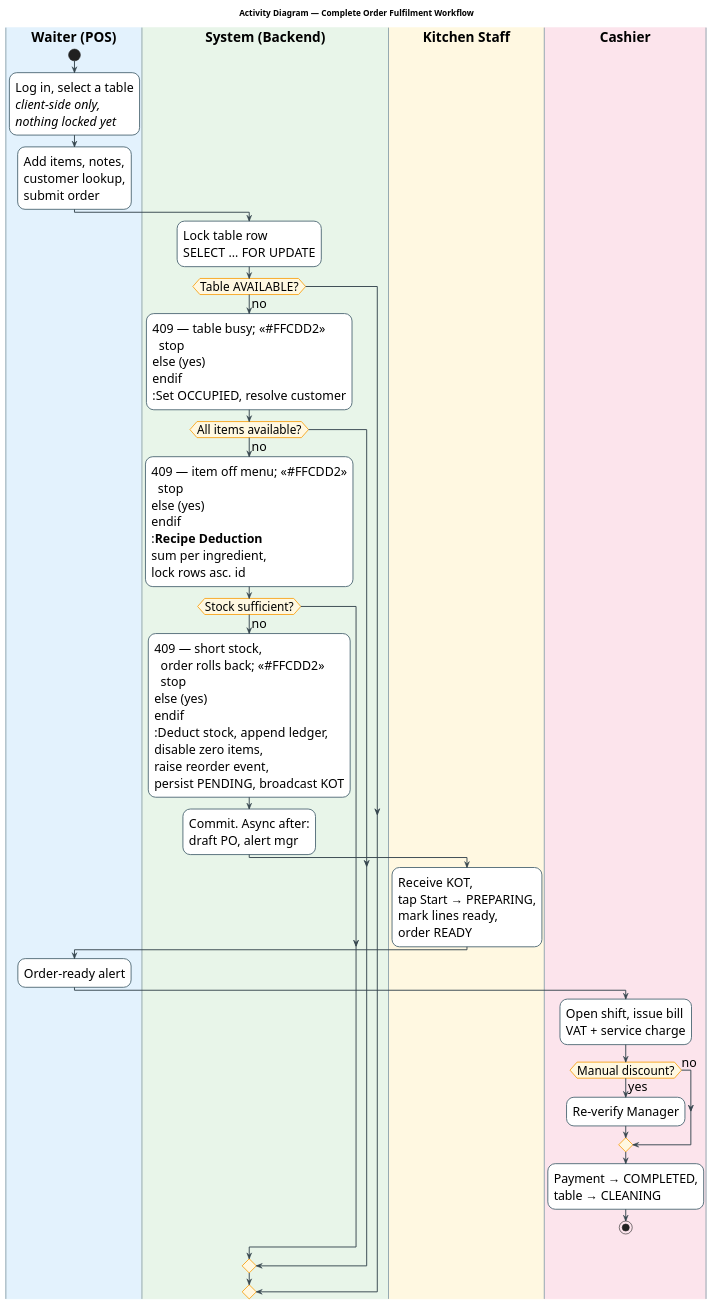
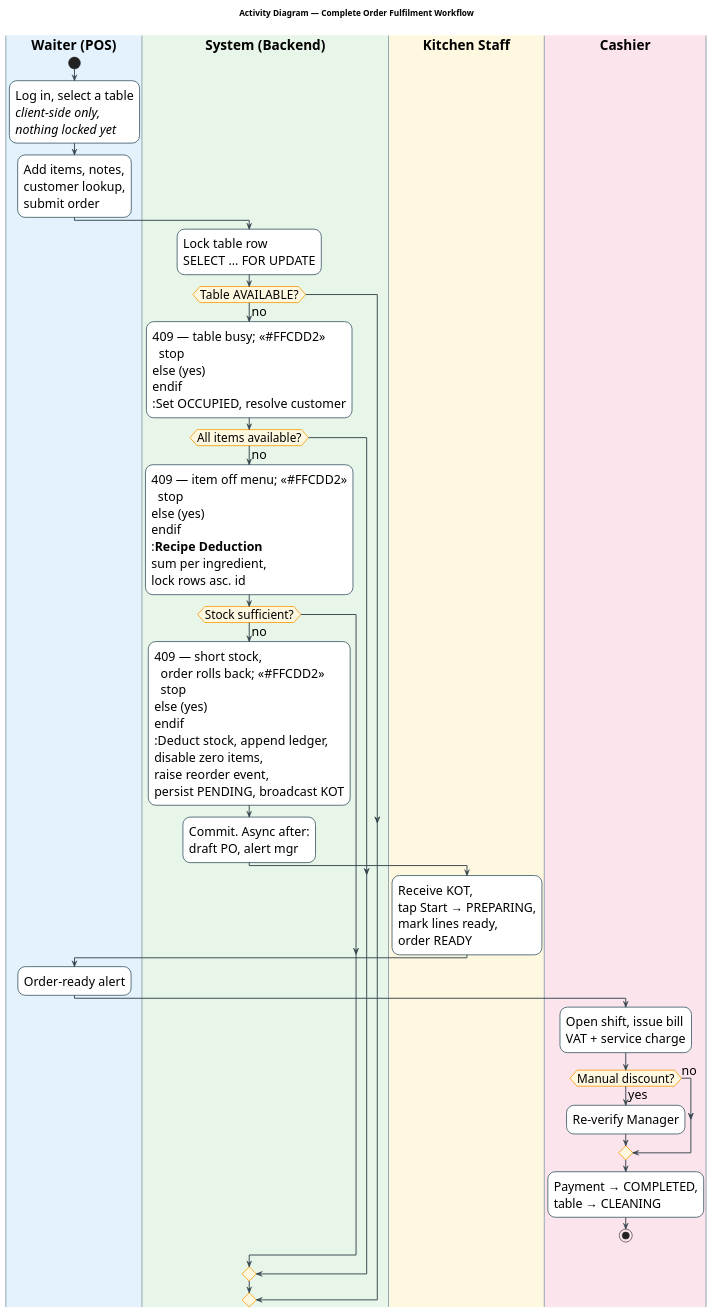
Before and after one commit to Buddhimal-Ramanayaka/restaurant-management-system: the diagram in diagrams-source/fig3_7_activity.puml, drawn with PlantUML. The commit also changed 2 other files, not shown here.

Commit message:
Restore method names in Fig 3.4; clarify Fig 3.6; space Fig 3.7 heading
Fig 3.4 carried terse labels ("3. open table", "12. ledger write") that had
been shortened purely to buy width, which lost the actual method names.
Restored in full, wrapped over two or three lines so each label is narrow,
and the notes tightened to reclaim the height that cost. 6.3pt -> 5.4pt:
full signatures cannot be had at the smaller size, width is the sum of the
lifeline columns and each column is as wide as its widest label.

Fig 3.6 Level 0 was a radial hub with eleven separate arrows and scattered
labels. Now one bidirectional edge per actor with both directions marked
(-> out / <- in), eleven edges down to eight and no crossings. Subgraph
titles removed: mermaid centres them inside the content band so they are
always overlapped by whatever sits centre-top, and raising the container
padding clears nothing while costing 0.6pt. The caption already names both
levels.

Fig 3.7 title given a sized spacer line so the heading is not hard against
the swimlane header row. Note "&nbsp;" is printed literally by PlantUML;
"<size:10> </size>" gives real whitespace.

```diff
--- a/diagrams-source/fig3_7_activity.puml
+++ b/diagrams-source/fig3_7_activity.puml
@@ -1,114 +1,117 @@
 @startuml
 ' Figure 3.7 - Activity Diagram, Complete Order Fulfilment Workflow
 '
 ' Theme follows the original figure: four coloured swimlanes, rounded actions, diamond
 ' decisions, red failure branches.
 '
 ' Sizing: each lane is as wide as its own widest node, and the four lane widths add up,
 ' so every label is kept short and wrapped rather than run on. Sequential steps in one
 ' lane are merged where they describe a single user action - each node removed saves its
 ' padding and its incoming arrow.
 '
 ' Two PlantUML notes, both learned the hard way on this figure:
 '   - "#COLOR:text;" is deprecated in this version. It prints a warning banner into the
 '     image AND swallows every following line into the node label. The supported form is
 '     ":text; <<#COLOR>>".
 '   - "partition" draws its box across every swimlane it touches, so the transaction
 '     boundary is carried by a note instead.
 '
 ' Verified against PosPage.jsx (table selection is client-side state only),
 ' OrderService.submitOrder, RecipeDeductionService.deductForOrder /
 ' handlePostDeductionThresholds, InventoryAlertService, TableService and BillingService.
 
 skinparam backgroundColor #FFFFFF
 skinparam shadowing false
 skinparam defaultFontName "Arial"
 skinparam defaultFontSize 21
 skinparam ArrowThickness 1.5
 skinparam ArrowColor #37474F
 
 skinparam activity {
   FontSize 21
   BorderThickness 1.6
   BackgroundColor #FFFFFF
   BorderColor #546E7A
   DiamondBackgroundColor #FFF8E1
   DiamondBorderColor #F9A825
   DiamondFontSize 20
   StartColor #212121
   EndColor #212121
 }
 skinparam swimlane {
   BorderColor #90A4AE
   BorderThickness 1.6
   TitleFontSize 23
   TitleFontStyle bold
 }
 skinparam note {
   FontSize 19
   BackgroundColor #E8F5E9
   BorderColor #2E7D32
 }
 
-title Activity Diagram — Complete Order Fulfilment Workflow
+title
+Activity Diagram — Complete Order Fulfilment Workflow
+<size:10> </size>
+end title
 
 |#E3F2FD|Waiter (POS)|
 start
 :Log in, select a table
 <i>client-side only,</i>
 <i>nothing locked yet</i>;
 :Add items, notes,
 customer lookup,
 submit order;
 
 |#E8F5E9|System (Backend)|
 :Lock table row
 SELECT … FOR UPDATE;
 if (Table AVAILABLE?) then (no)
   :409 — table busy; <<#FFCDD2>>
   stop
 else (yes)
 endif
 :Set OCCUPIED, resolve customer;
 if (All items available?) then (no)
   :409 — item off menu; <<#FFCDD2>>
   stop
 else (yes)
 endif
 :<b>Recipe Deduction</b>
 sum per ingredient,
 lock rows asc. id;
 if (Stock sufficient?) then (no)
   :409 — short stock,
   order rolls back; <<#FFCDD2>>
   stop
 else (yes)
 endif
 :Deduct stock, append ledger,
 disable zero items,
 raise reorder event,
 persist PENDING, broadcast KOT;
 :Commit. Async after:
 draft PO, alert mgr;
 
 |#FFF8E1|Kitchen Staff|
 :Receive KOT,
 tap Start → PREPARING,
 mark lines ready,
 order READY;
 
 |#E3F2FD|Waiter (POS)|
 :Order-ready alert;
 
 |#FCE4EC|Cashier|
 :Open shift, issue bill
 VAT + service charge;
 if (Manual discount?) then (yes)
   :Re-verify Manager;
 else (no)
 endif
 :Payment → COMPLETED,
 table → CLEANING;
 stop
 
 @enduml
```
